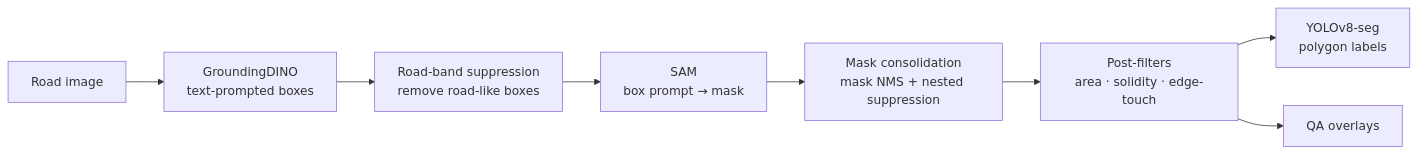
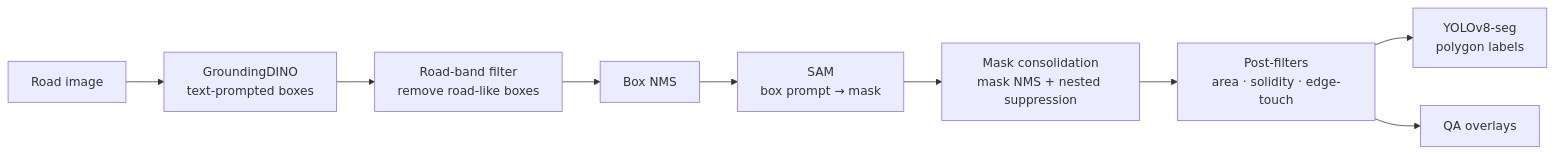
One commit to jiayinlimpro/pavex-autoannotation changed the diagram in README.md. Above: the diagram before and after it, drawn with Mermaid. The commit also changed other lines of this file and 1 other file, not shown here.

````diff
--- a/README.md
+++ b/README.md
@@ -26,10 +26,11 @@
 ```mermaid
 flowchart LR
     A[Road image] --> B[GroundingDINO<br/>text-prompted boxes]
-    B --> C[Road-band suppression<br/>remove road-like boxes]
-    C --> D[SAM<br/>box prompt → mask]
-    D --> E[Mask consolidation<br/>mask NMS + nested suppression]
-    E --> F[Post-filters<br/>area · solidity · edge-touch]
-    F --> G[YOLOv8-seg<br/>polygon labels]
-    F --> H[QA overlays]
+    B --> C[Road-band filter<br/>remove road-like boxes]
+    C --> D[Box NMS]
+    D --> E[SAM<br/>box prompt → mask]
+    E --> F[Mask consolidation<br/>mask NMS + nested suppression]
+    F --> G[Post-filters<br/>area · solidity · edge-touch]
+    G --> H[YOLOv8-seg<br/>polygon labels]
+    G --> I[QA overlays]
 ```
````
